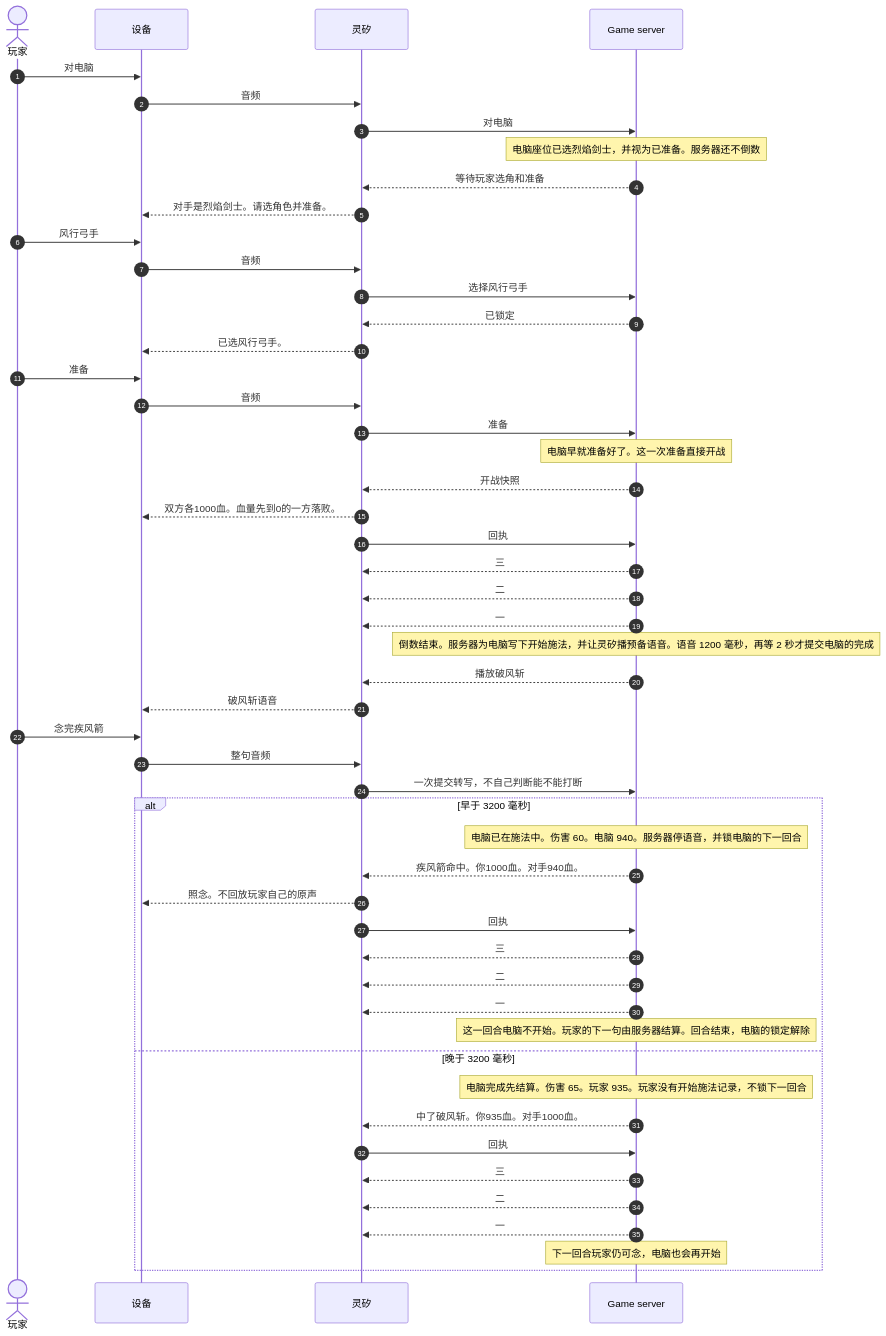
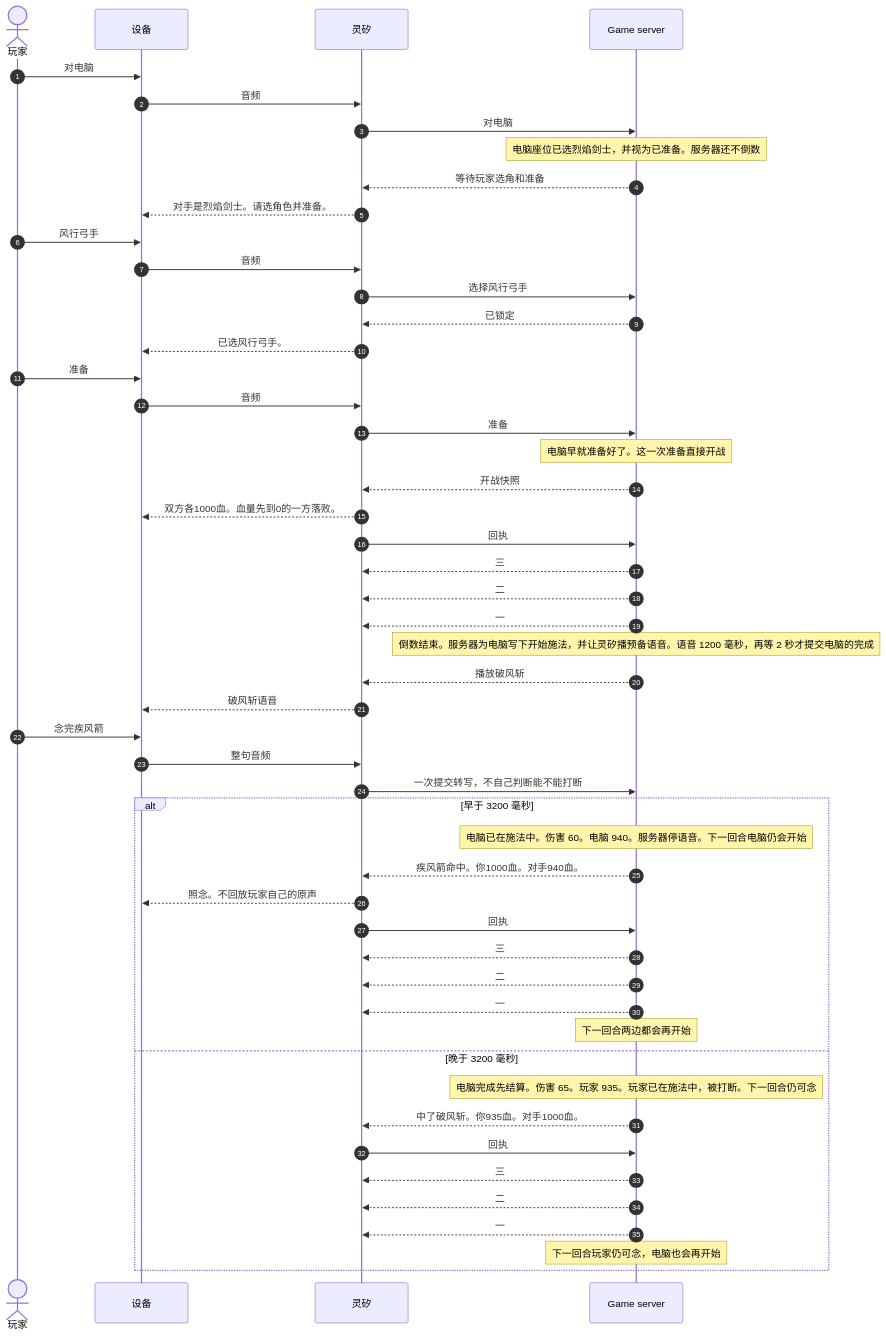
One commit to wilcosheh/lieyanliaoyuan changed the fourth of 6 diagrams in docs/交互设计.md. Above: the diagram before and after it, drawn with Mermaid. The commit also changed other lines of this file and 4 other files, not shown here.

````diff
--- a/docs/交互设计.md
+++ b/docs/交互设计.md
@@ -464,54 +452,54 @@
 ```mermaid
 sequenceDiagram
     autonumber
     actor 玩家
     participant 设备
     participant 灵矽
     participant GS as Game server
 
     玩家->>设备: 对电脑
     设备->>灵矽: 音频
     灵矽->>GS: 对电脑
     Note over GS: 电脑座位已选烈焰剑士，并视为已准备。服务器还不倒数
     GS-->>灵矽: 等待玩家选角和准备
     灵矽-->>设备: 对手是烈焰剑士。请选角色并准备。
     玩家->>设备: 风行弓手
     设备->>灵矽: 音频
     灵矽->>GS: 选择风行弓手
     GS-->>灵矽: 已锁定
     灵矽-->>设备: 已选风行弓手。
     玩家->>设备: 准备
     设备->>灵矽: 音频
     灵矽->>GS: 准备
     Note over GS: 电脑早就准备好了。这一次准备直接开战
     GS-->>灵矽: 开战快照
     灵矽-->>设备: 双方各1000血。血量先到0的一方落败。
     灵矽->>GS: 回执
     GS-->>灵矽: 三
     GS-->>灵矽: 二
     GS-->>灵矽: 一
     Note over GS: 倒数结束。服务器为电脑写下开始施法，并让灵矽播预备语音。语音 1200 毫秒，再等 2 秒才提交电脑的完成
     GS-->>灵矽: 播放破风斩
     灵矽-->>设备: 破风斩语音
     玩家->>设备: 念完疾风箭
     设备->>灵矽: 整句音频
     灵矽->>GS: 一次提交转写，不自己判断能不能打断
     alt 早于 3200 毫秒
-        Note over GS: 电脑已在施法中。伤害 60。电脑 940。服务器停语音，并锁电脑的下一回合
+        Note over GS: 电脑已在施法中。伤害 60。电脑 940。服务器停语音。下一回合电脑仍会开始
         GS-->>灵矽: 疾风箭命中。你1000血。对手940血。
         灵矽-->>设备: 照念。不回放玩家自己的原声
         灵矽->>GS: 回执
         GS-->>灵矽: 三
         GS-->>灵矽: 二
         GS-->>灵矽: 一
-        Note over GS: 这一回合电脑不开始。玩家的下一句由服务器结算。回合结束，电脑的锁定解除
+        Note over GS: 下一回合两边都会再开始
     else 晚于 3200 毫秒
-        Note over GS: 电脑完成先结算。伤害 65。玩家 935。玩家没有开始施法记录，不锁下一回合
+        Note over GS: 电脑完成先结算。伤害 65。玩家 935。玩家已在施法中，被打断。下一回合仍可念
         GS-->>灵矽: 中了破风斩。你935血。对手1000血。
         灵矽->>GS: 回执
         GS-->>灵矽: 三
         GS-->>灵矽: 二
         GS-->>灵矽: 一
         Note over GS: 下一回合玩家仍可念，电脑也会再开始
     end
 ```
````
